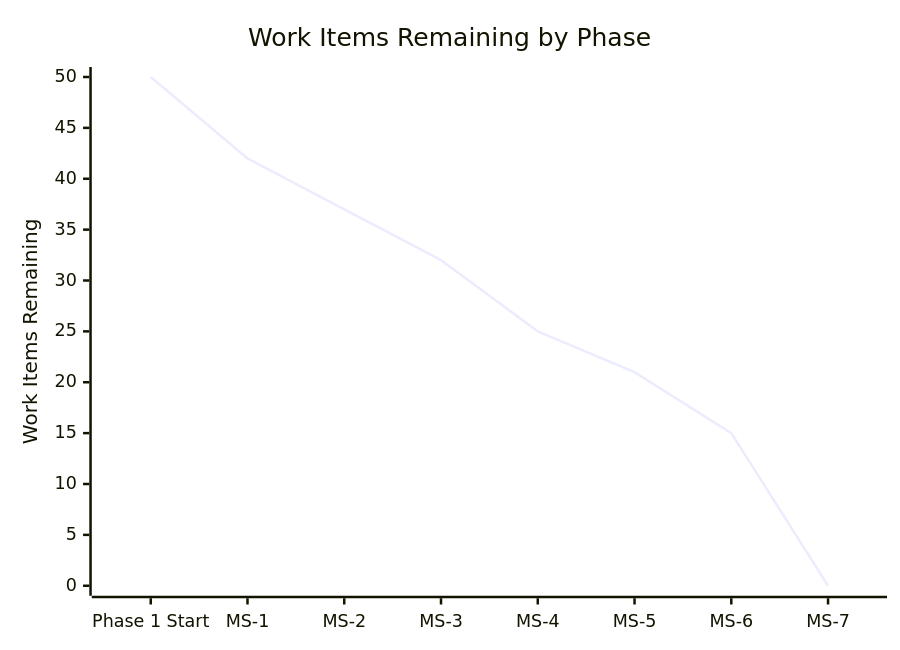
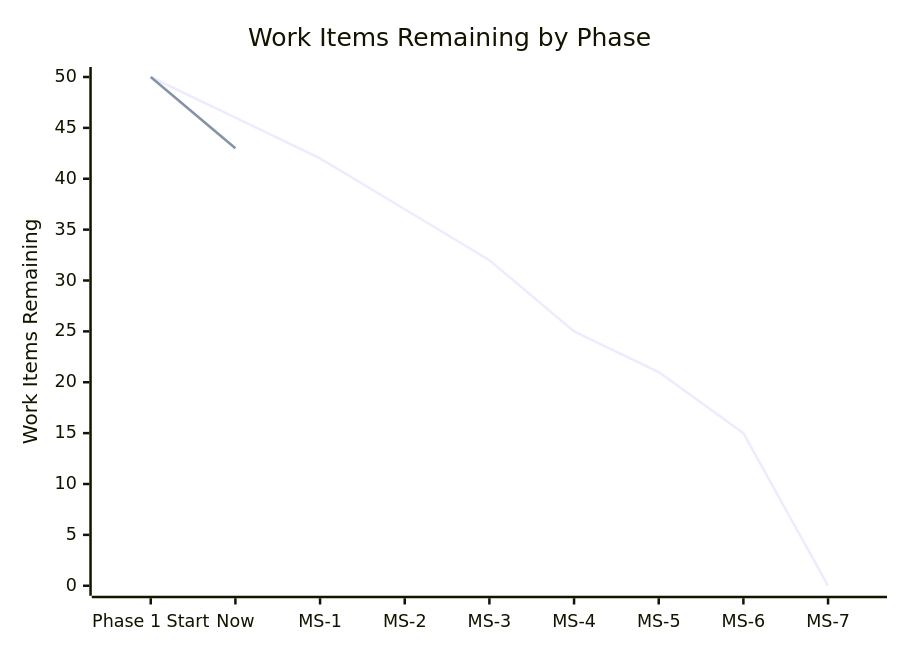
One commit to policy-forge/forge changed the fourth of 4 diagrams in docs/FORGE_PRODUCT_ROADMAP.md. Above: the diagram before and after it, drawn with Mermaid. The commit also changed other lines of this file, not shown here.

First line of the commit message:
Update product roadmap: WI-1–7 done, fix dependency D-3, expand parallelism

````diff
--- a/docs/FORGE_PRODUCT_ROADMAP.md
+++ b/docs/FORGE_PRODUCT_ROADMAP.md
@@ -750,7 +765,8 @@
 ```mermaid
 xychart-beta
     title "Work Items Remaining by Phase"
-    x-axis ["Phase 1 Start", "MS-1", "MS-2", "MS-3", "MS-4", "MS-5", "MS-6", "MS-7"]
+    x-axis ["Phase 1 Start", "Now", "MS-1", "MS-2", "MS-3", "MS-4", "MS-5", "MS-6", "MS-7"]
     y-axis "Work Items Remaining" 0 --> 50
-    line "Planned" [50, 42, 37, 32, 25, 21, 15, 0]
+    line "Planned" [50, 46, 42, 37, 32, 25, 21, 15, 0]
+    line "Actual" [50, 43]
 ```
````
